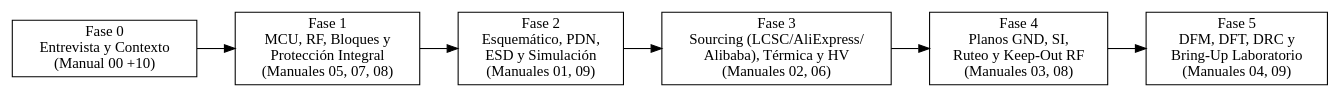
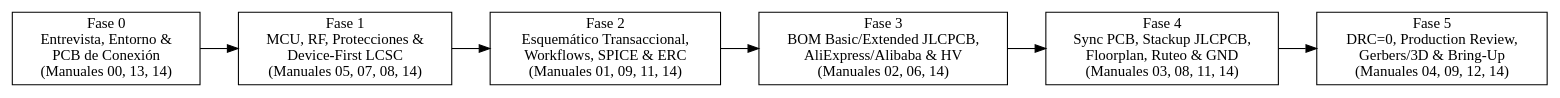
The diagram in skills/designing-pcb-normative/SKILL.md (VictorAntonioCayupil/AGENT-DESIGN-PCB), drawn with Graphviz before and after one commit. The commit also changed other lines of this file and 4 other files, not shown here.

Commit message:
feat(v4.3): deeply couple skill & MCP to EasyEDA Pro native benefits, Device-First LCSC, JLCPCB stackups and verified tool catalog

````diff
--- a/skills/designing-pcb-normative/SKILL.md
+++ b/skills/designing-pcb-normative/SKILL.md
@@ -26,13 +27,13 @@
 ```dot
-digraph pcb_normative_v3_flow {
+digraph pcb_easyedapro_v43_flow {
     rankdir=LR;
     node [shape=box];
-    F0 [label="Fase 0\nEntrevista y Contexto\n(Manual 00 +10)"];
-    F1 [label="Fase 1\nMCU, RF, Bloques y\nProtección Integral\n(Manuales 05, 07, 08)"];
-    F2 [label="Fase 2\nEsquemático, PDN,\nESD y Simulación\n(Manuales 01, 09)"];
-    F3 [label="Fase 3\nSourcing (LCSC/AliExpress/\nAlibaba), Térmica y HV\n(Manuales 02, 06)"];
-    F4 [label="Fase 4\nPlanos GND, SI,\nRuteo y Keep-Out RF\n(Manuales 03, 08)"];
-    F5 [label="Fase 5\nDFM, DFT, DRC y\nBring-Up Laboratorio\n(Manuales 04, 09)"];
+    F0 [label="Fase 0\nEntrevista, Entorno &\nPCB de Conexión\n(Manuales 00, 13, 14)"];
+    F1 [label="Fase 1\nMCU, RF, Protecciones &\nDevice-First LCSC\n(Manuales 05, 07, 08, 14)"];
+    F2 [label="Fase 2\nEsquemático Transaccional,\nWorkflows, SPICE & ERC\n(Manuales 01, 09, 11, 14)"];
+    F3 [label="Fase 3\nBOM Basic/Extended JLCPCB,\nAliExpress/Alibaba & HV\n(Manuales 02, 06, 14)"];
+    F4 [label="Fase 4\nSync PCB, Stackup JLCPCB,\nFloorplan, Ruteo & GND\n(Manuales 03, 08, 11, 14)"];
+    F5 [label="Fase 5\nDRC=0, Production Review,\nGerbers/3D & Bring-Up\n(Manuales 04, 09, 12, 14)"];
     F0 -> F1 -> F2 -> F3 -> F4 -> F5;
 }
 ```
````
